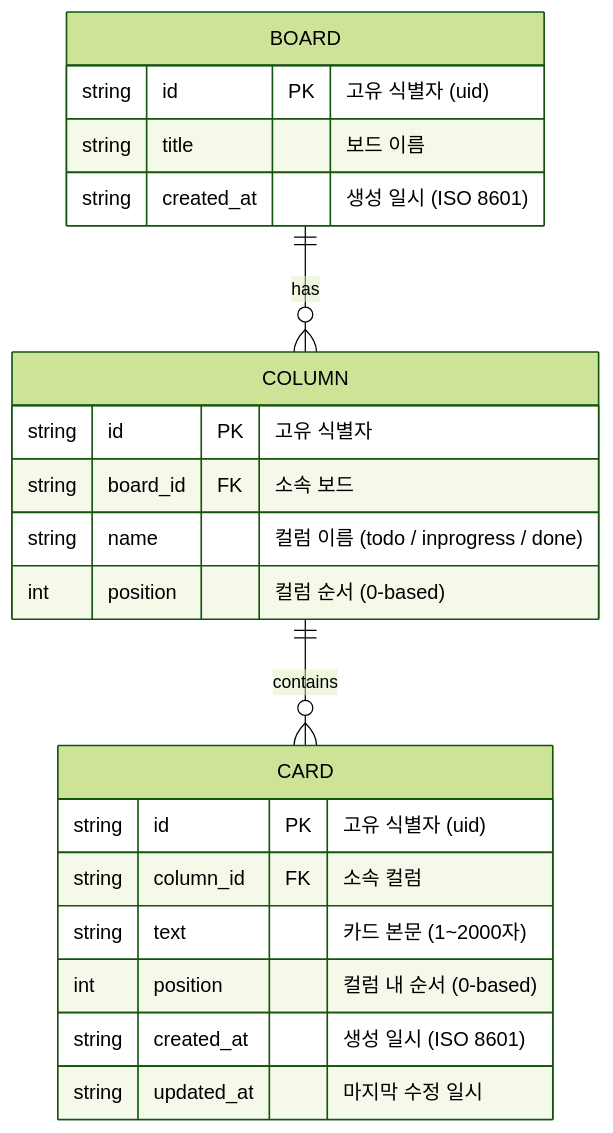
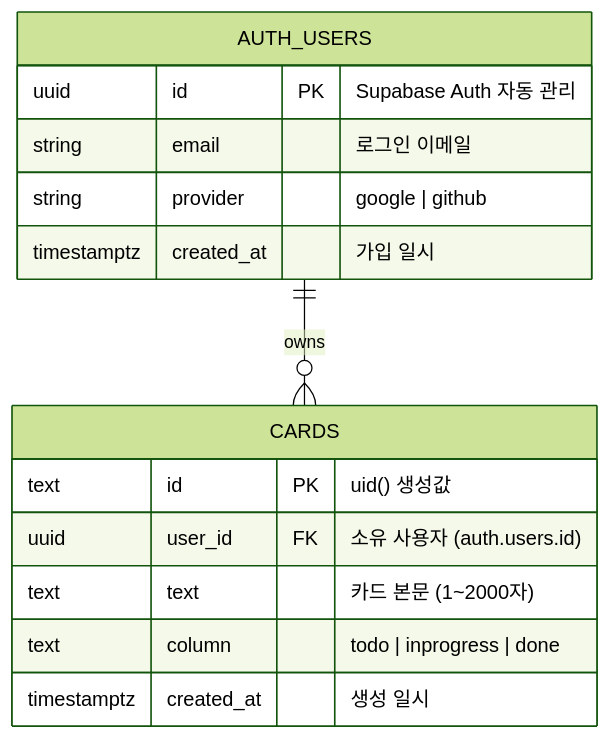
One commit to ksl3011/TEST_KANBAN changed the first of 2 diagrams in DatabaseDesign.md. Above: the diagram before and after it, drawn with Mermaid (forest theme). The commit also changed other lines of this file and 11 other files, not shown here.

First line of the commit message:
feat: 칸반 보드 v2.0 — Google·GitHub OAuth + Supabase DB 연동

````diff
--- a/DatabaseDesign.md
+++ b/DatabaseDesign.md
@@ -10,27 +10,19 @@
 ```mermaid
 erDiagram
-    BOARD {
-        string id PK "고유 식별자 (uid)"
-        string title "보드 이름"
-        string created_at "생성 일시 (ISO 8601)"
+    AUTH_USERS {
+        uuid id PK "Supabase Auth 자동 관리"
+        string email "로그인 이메일"
+        string provider "google | github"
+        timestamptz created_at "가입 일시"
     }
 
-    COLUMN {
-        string id PK "고유 식별자"
-        string board_id FK "소속 보드"
-        string name "컬럼 이름 (todo / inprogress / done)"
-        int    position "컬럼 순서 (0-based)"
+    CARDS {
+        text id PK "uid() 생성값"
+        uuid user_id FK "소유 사용자 (auth.users.id)"
+        text text "카드 본문 (1~2000자)"
+        text column "todo | inprogress | done"
+        timestamptz created_at "생성 일시"
     }
 
-    CARD {
-        string id PK "고유 식별자 (uid)"
-        string column_id FK "소속 컬럼"
-        string text "카드 본문 (1~2000자)"
-        int    position "컬럼 내 순서 (0-based)"
-        string created_at "생성 일시 (ISO 8601)"
-        string updated_at "마지막 수정 일시"
-    }
-
-    BOARD ||--o{ COLUMN : "has"
-    COLUMN ||--o{ CARD   : "contains"
+    AUTH_USERS ||--o{ CARDS : "owns"
 ```
````
